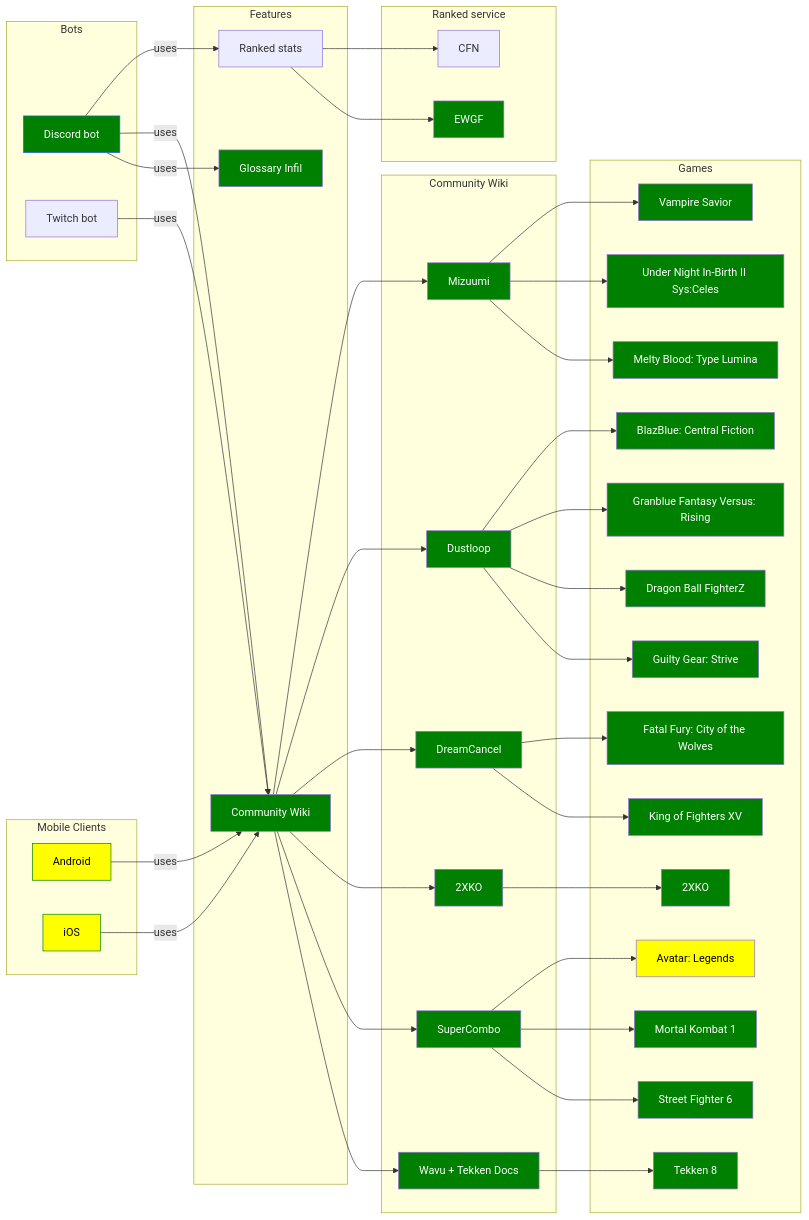
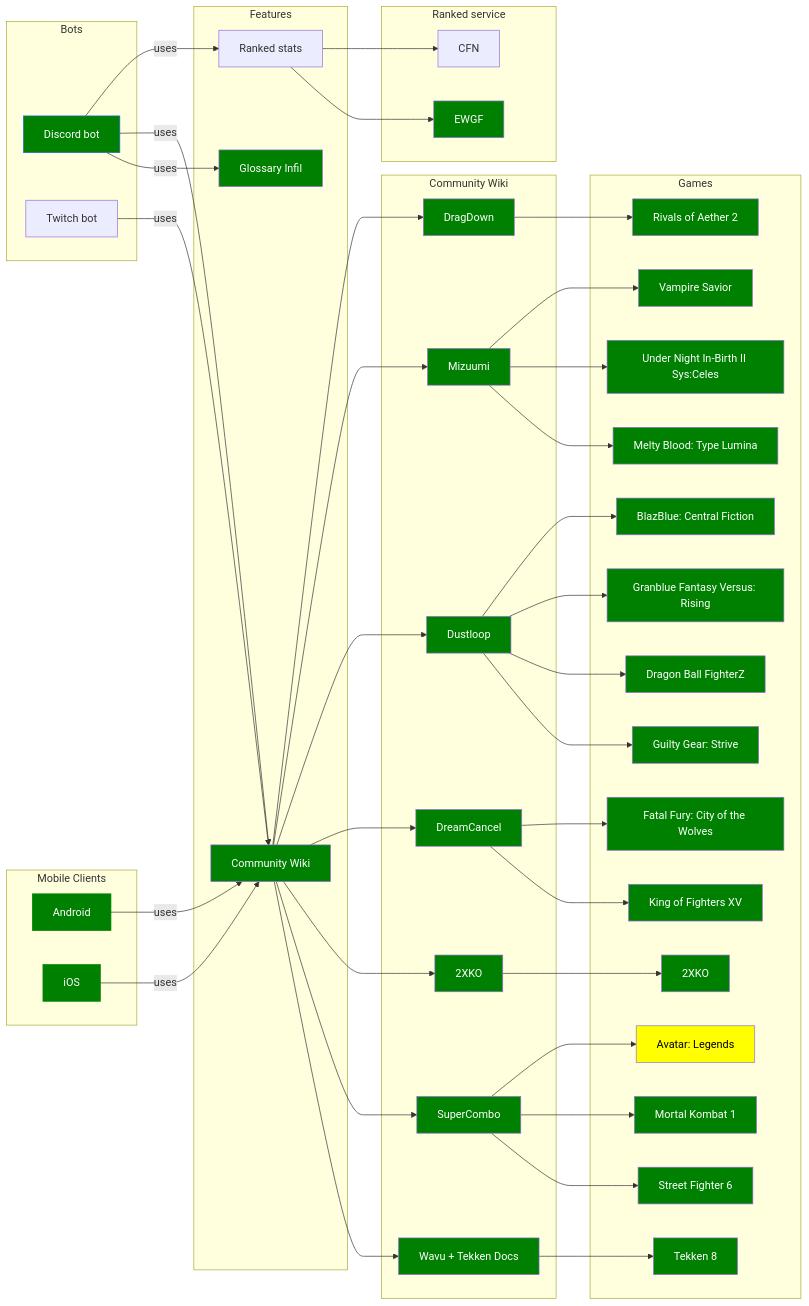
One commit to Sophon/FightingNerd changed the diagram in mermaid/modules.mmd. Above: the diagram before and after it, drawn with Mermaid. The commit also changed 30 other files, not shown here.

```diff
--- a/mermaid/modules.mmd
+++ b/mermaid/modules.mmd
@@ -1,112 +1,118 @@
 graph LR
     classDef green fill:green,color:#000
     classDef grey fill:lightgrey,color:#000
     classDef yellow fill:#FFEB3B,color:#000
 
     subgraph Bots
         discordBot[Discord bot]
         twitchBot[Twitch bot]
     end
 
     subgraph "Mobile Clients"
         android[Android]
         iOS[iOS]
     end
 
     subgraph Features
         glossaryInfil[Glossary Infil]
         communityWiki[Community Wiki]
         elo[Ranked stats]
     end
 
     subgraph Community Wiki
         wikiWavu[Wavu + Tekken Docs]
         supercombo[SuperCombo]
         2xko[2XKO]
         dustloop[Dustloop]
         dreamcancel[DreamCancel]
         mizuumi[Mizuumi]
+        dragdown[DragDown]
     end
 
     subgraph Games
         t8[Tekken 8]
         sf6[Street Fighter 6]
         mk1[Mortal Kombat 1]
         ggst[Guilty Gear: Strive]
         dbfz[Dragon Ball FighterZ]
         gbvsr[Granblue Fantasy Versus: Rising]
         kof15[King of Fighters XV]
         cotw[Fatal Fury: City of the Wolves]
         xko[2XKO]
         melty[Melty Blood: Type Lumina]
         bbcf[BlazBlue: Central Fiction]
         uni2[Under Night In-Birth II Sys:Celes]
         vsav[Vampire Savior]
         avl[Avatar: Legends]
+        roa[Rivals of Aether 2]
     end
 
     subgraph Ranked service
         ewgf[EWGF]
         cfn[CFN]
     end
 
     android -->|uses| communityWiki
     iOS -->|uses| communityWiki
 
     discordBot -->|uses| glossaryInfil
     discordBot -->|uses| communityWiki
     discordBot -->|uses| elo
     twitchBot -->|uses| communityWiki
 
     communityWiki --> wikiWavu
     communityWiki --> supercombo
     communityWiki --> 2xko
     communityWiki --> dreamcancel
     communityWiki --> dustloop
     communityWiki --> mizuumi
+    communityWiki --> dragdown
 
     elo --> ewgf
     elo --> cfn
 
     wikiWavu --> t8
     supercombo --> sf6
     supercombo --> mk1
     supercombo --> avl
     dustloop --> ggst
     dustloop --> dbfz
     dustloop --> gbvsr
     dustloop --> bbcf
     2xko --> xko
     dreamcancel --> kof15
     dreamcancel --> cotw
     mizuumi --> melty
     mizuumi --> uni2
     mizuumi --> vsav
+    dragdown --> roa
 
 
     style discordBot fill:green,stroke:#2563EB, color:#fff
-    style android fill:yellow,stroke:green, color:#000
-    style iOS fill:yellow,stroke:green, color:#000
+    style android fill:green,stroke:green, color:#fff
+    style iOS fill:green,stroke:green, color:#fff
     style glossaryInfil fill:green, color:#fff
     style communityWiki fill:green, color:#fff
     style wikiWavu fill:green, color:#fff
     style supercombo fill:green, color:#fff
     style dreamcancel fill:green, color:#fff
     style dustloop fill:green, color:#fff
     style mizuumi fill:green, color:#fff
+    style dragdown fill:green, color:#fff
     style 2xko fill:green, color:#fff
     style t8 fill:green, color:#fff
     style sf6 fill:green, color:#fff
     style xko fill:green, color:#fff
     style kof15 fill:green, color:#fff
     style cotw fill:green, color:#fff
     style ggst fill:green, color:#fff
     style mk1 fill:green, color:#fff
     style dbfz fill:green, color:#fff
     style gbvsr fill:green, color:#fff
     style melty fill:green, color:#fff
     style bbcf fill:green, color:#fff
     style uni2 fill:green, color:#fff
     style vsav fill:green, color:#fff
     style ewgf fill:green, color:#fff
     style avl fill:yellow, color:#000
+    style roa fill:green, color:#fff
```
